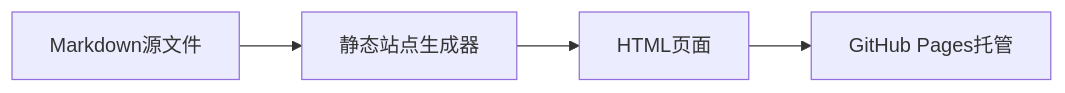
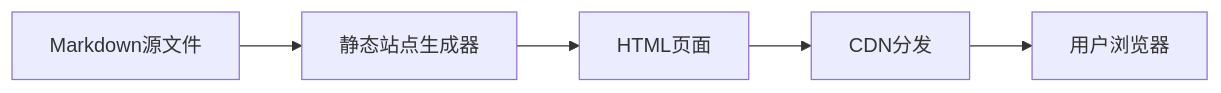
Before and after one commit to wayyoungboy/github-trending-reporter: the fourth of 12 diagrams in reports/2026/01/2026-01-13.md, drawn with Mermaid. The commit also changed other lines of this file and 1 other file, not shown here.

````diff
--- a/reports/2026/01/2026-01-13.md
+++ b/reports/2026/01/2026-01-13.md
@@ -211,6 +214,7 @@
 ```mermaid
 graph LR
     A[Markdown源文件] --> B[静态站点生成器]
     B --> C[HTML页面]
-    C --> D[GitHub Pages托管]
+    C --> D[CDN分发]
+    D --> E[用户浏览器]
 ```
````
